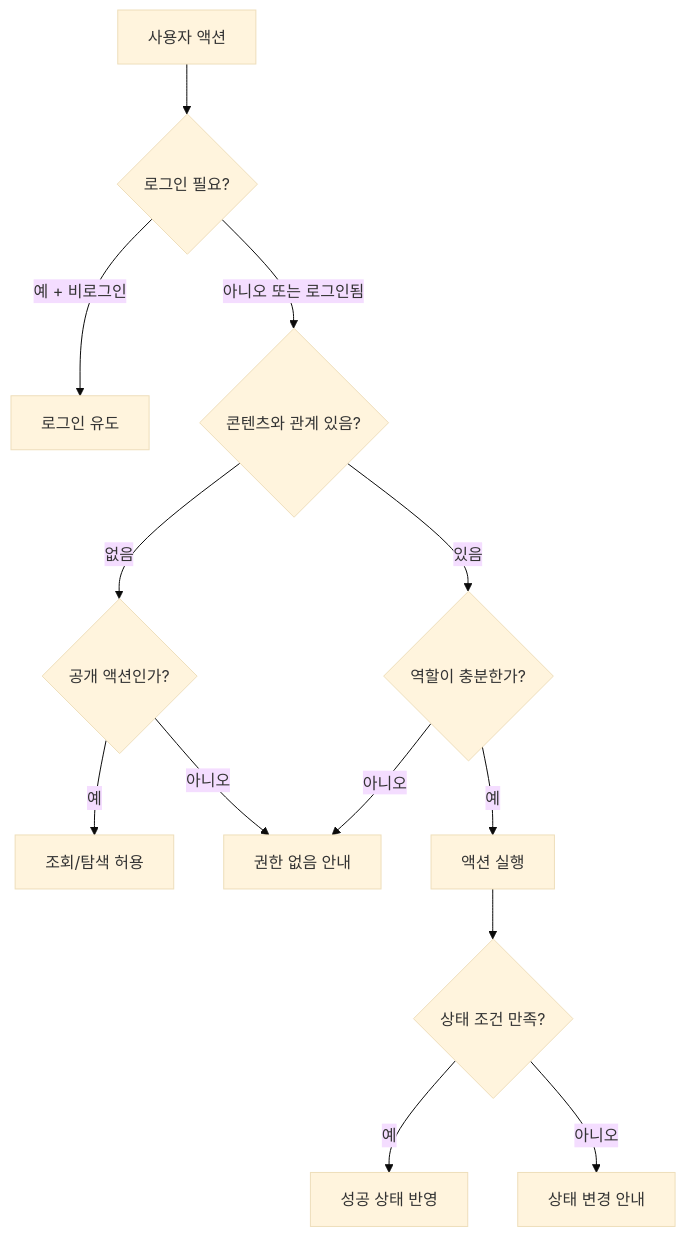
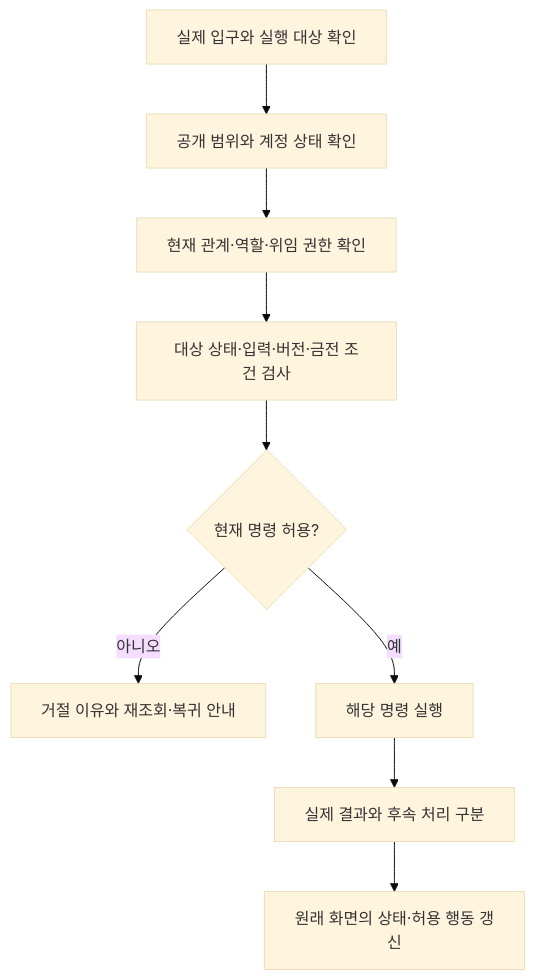
Before and after one commit to endside82/business_logic: the diagram in prd/03_policy_prds/permission_policy_prd.md, drawn with Mermaid (base theme). The commit also changed other lines of this file and 2 other files, not shown here.

````diff
--- a/prd/03_policy_prds/permission_policy_prd.md
+++ b/prd/03_policy_prds/permission_policy_prd.md
@@ -32,15 +24,11 @@
 ```mermaid
 flowchart TD
-    A["사용자 액션"] --> B{"로그인 필요?"}
-    B -->|"예 + 비로그인"| C["로그인 유도"]
-    B -->|"아니오 또는 로그인됨"| D{"콘텐츠와 관계 있음?"}
-    D -->|"없음"| E{"공개 액션인가?"}
-    E -->|"예"| F["조회/탐색 허용"]
-    E -->|"아니오"| G["권한 없음 안내"]
-    D -->|"있음"| H{"역할이 충분한가?"}
-    H -->|"예"| I["액션 실행"]
-    H -->|"아니오"| G
-    I --> J{"상태 조건 만족?"}
-    J -->|"예"| K["성공 상태 반영"]
-    J -->|"아니오"| L["상태 변경 안내"]
+    A["실제 입구와 실행 대상 확인"] --> B["공개 범위와 계정 상태 확인"]
+    B --> C["현재 관계·역할·위임 권한 확인"]
+    C --> D["대상 상태·입력·버전·금전 조건 검사"]
+    D --> E{"현재 명령 허용?"}
+    E -->|"아니오"| F["거절 이유와 재조회·복귀 안내"]
+    E -->|"예"| G["해당 명령 실행"]
+    G --> H["실제 결과와 후속 처리 구분"]
+    H --> I["원래 화면의 상태·허용 행동 갱신"]
 ```
````
